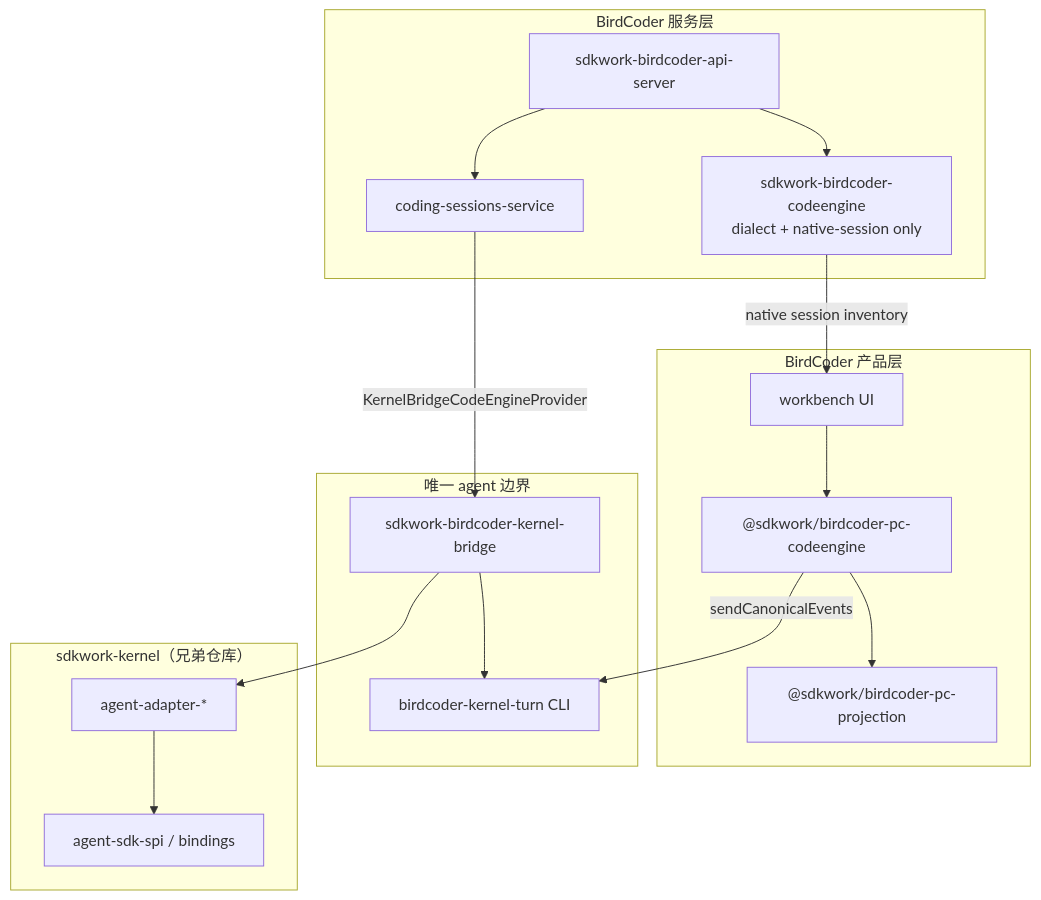
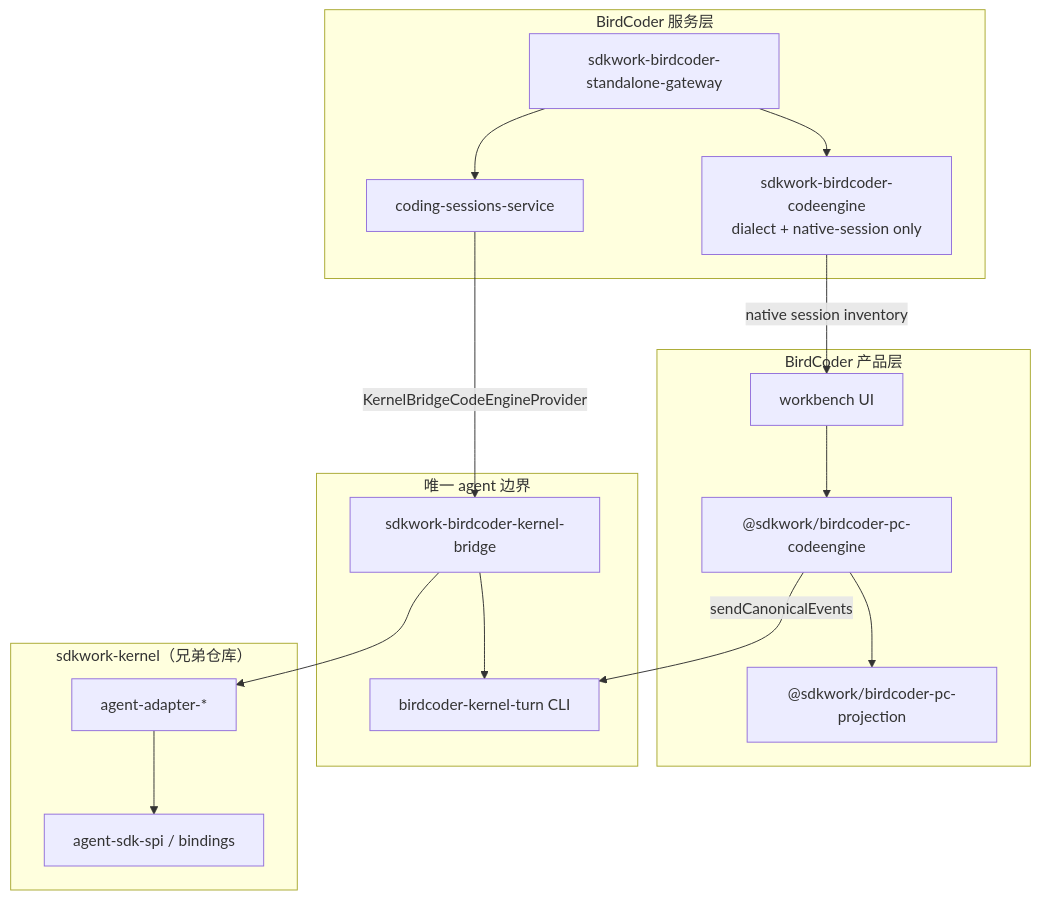
Before and after one commit to Sdkwork-Cloud/sdkwork-birdcoder: the diagram in docs/architecture/tech/TECH-31-kernel-birdcoder-integrationimplementation.md, drawn with Mermaid. The commit also changed other lines of this file and 389 other files, not shown here.

````diff
--- a/docs/architecture/tech/TECH-31-kernel-birdcoder-integrationimplementation.md
+++ b/docs/architecture/tech/TECH-31-kernel-birdcoder-integrationimplementation.md
@@ -23,35 +23,35 @@
 ```mermaid
 flowchart TB
   subgraph BirdCoder_UI["BirdCoder 产品层"]
     WB[workbench UI]
     PROJ["@sdkwork/birdcoder-pc-projection"]
     CE["@sdkwork/birdcoder-pc-codeengine"]
   end
 
   subgraph BirdCoder_Server["BirdCoder 服务层"]
-    API["sdkwork-birdcoder-api-server"]
+    API["sdkwork-birdcoder-standalone-gateway"]
     CSS["coding-sessions-service"]
     CE_CRATE["sdkwork-birdcoder-codeengine<br/>dialect + native-session only"]
   end
 
   subgraph Bridge["唯一 agent 边界"]
     KB["sdkwork-birdcoder-kernel-bridge"]
     BIN["birdcoder-kernel-turn CLI"]
   end
 
   subgraph Kernel["sdkwork-kernel（兄弟仓库）"]
     ADAPTERS["agent-adapter-*"]
     SDK_SPI["agent-sdk-spi / bindings"]
   end
 
   WB --> CE
   CE --> PROJ
   CE -->|"sendCanonicalEvents"| BIN
   API --> CSS
   CSS -->|"KernelBridgeCodeEngineProvider"| KB
   KB --> BIN
   KB --> ADAPTERS
   ADAPTERS --> SDK_SPI
   API --> CE_CRATE
   CE_CRATE -->|"native session inventory"| WB
 ```
````
